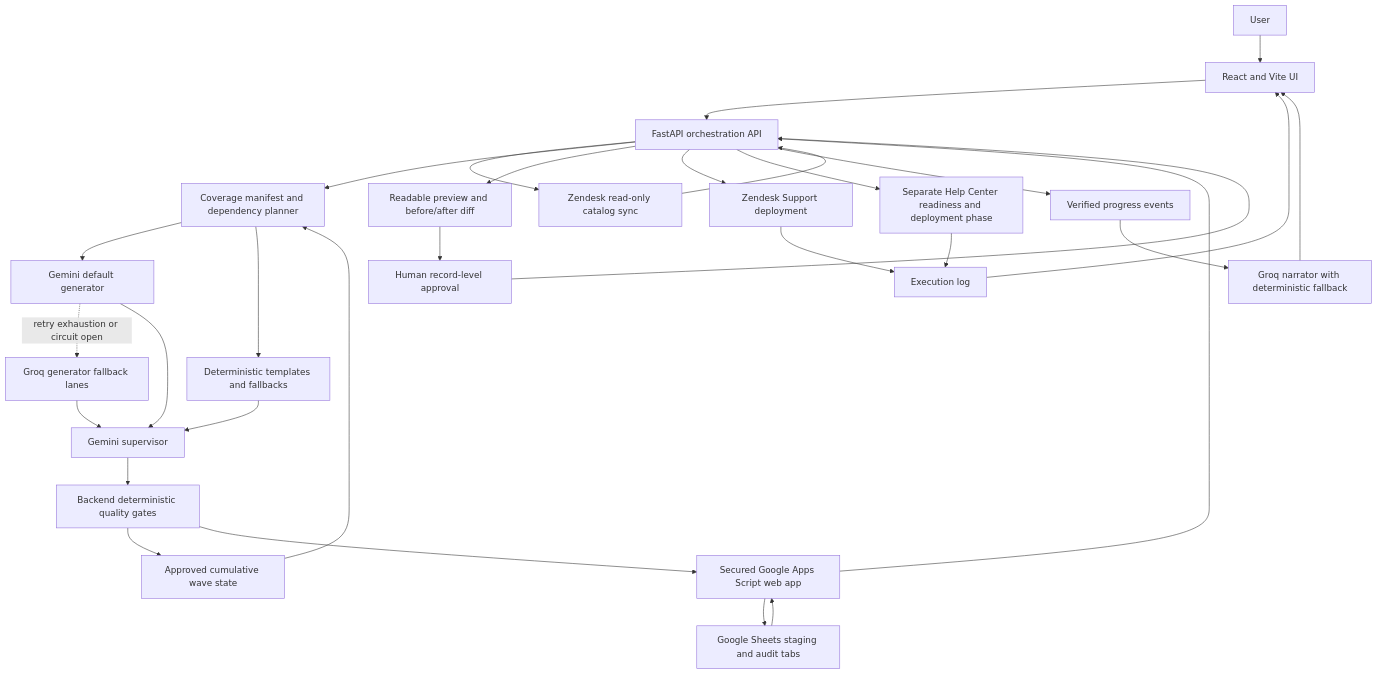
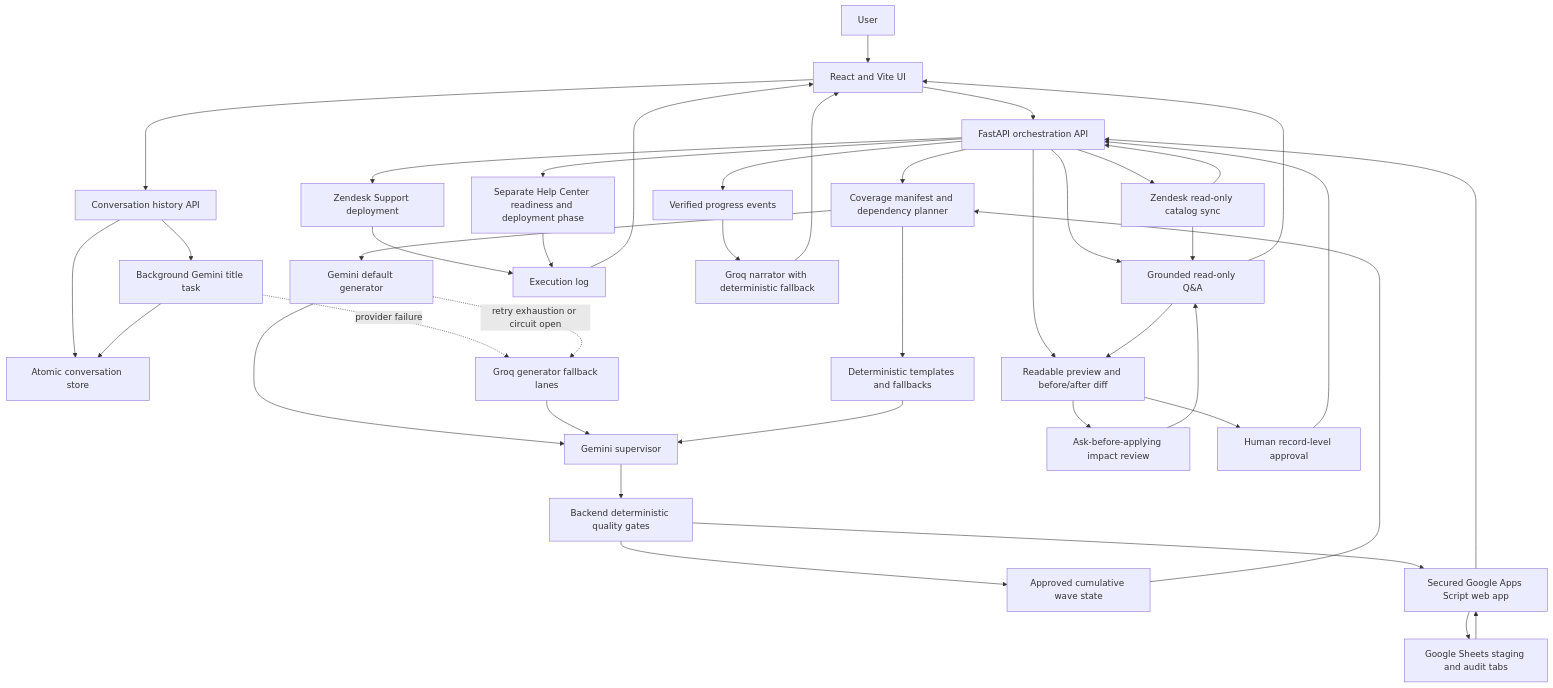
Before and after one commit to MrMoneyDeveloper/zendesk-ai-import-assistant: the diagram in AI_Zendesk_Import_Assistant_CONTEXT.md, drawn with Mermaid. The commit also changed other lines of this file and 17 other files, not shown here.

First line of the commit message:
feat: implement conversation service and store for managing chat interactions

````diff
--- a/AI_Zendesk_Import_Assistant_CONTEXT.md
+++ b/AI_Zendesk_Import_Assistant_CONTEXT.md
@@ -183,38 +224,50 @@
 ```mermaid
 flowchart TD
     U["User"] --> UI["React and Vite UI"]
     UI --> API["FastAPI orchestration API"]
+    UI --> CHATS["Conversation history API"]
+    CHATS --> CSTORE["Atomic conversation store"]
+    CHATS --> TITLE["Background Gemini title task"]
+    TITLE -.->|provider failure| GROQ
+    TITLE --> CSTORE
 
     API --> ZR["Zendesk read-only catalog sync"]
     ZR --> API
+
+    API --> QA["Grounded read-only Q&A"]
+    ZR --> QA
+    QA --> UI
 
     API --> PLAN["Coverage manifest and dependency planner"]
     PLAN --> GEN["Gemini default generator"]
     GEN -.->|retry exhaustion or circuit open| GROQ["Groq generator fallback lanes"]
     PLAN --> DET["Deterministic templates and fallbacks"]
 
     GEN --> SUP["Gemini supervisor"]
     GROQ --> SUP
     DET --> SUP
     SUP --> GATE["Backend deterministic quality gates"]
     GATE --> WAVES["Approved cumulative wave state"]
     WAVES --> PLAN
 
     GATE --> AS["Secured Google Apps Script web app"]
     AS --> SHEETS["Google Sheets staging and audit tabs"]
     SHEETS --> AS
     AS --> API
 
     API --> PREVIEW["Readable preview and before/after diff"]
+    PREVIEW --> IMPACT["Ask-before-applying impact review"]
+    IMPACT --> QA
+    QA --> PREVIEW
     PREVIEW --> APPROVAL["Human record-level approval"]
     APPROVAL --> API
     API --> ZW["Zendesk Support deployment"]
     API --> GUIDE["Separate Help Center readiness and deployment phase"]
     ZW --> LOG["Execution log"]
     GUIDE --> LOG
     LOG --> UI
 
     EVENTS["Verified progress events"] --> NARRATOR["Groq narrator with deterministic fallback"]
     API --> EVENTS
     NARRATOR --> UI
 ```
````
